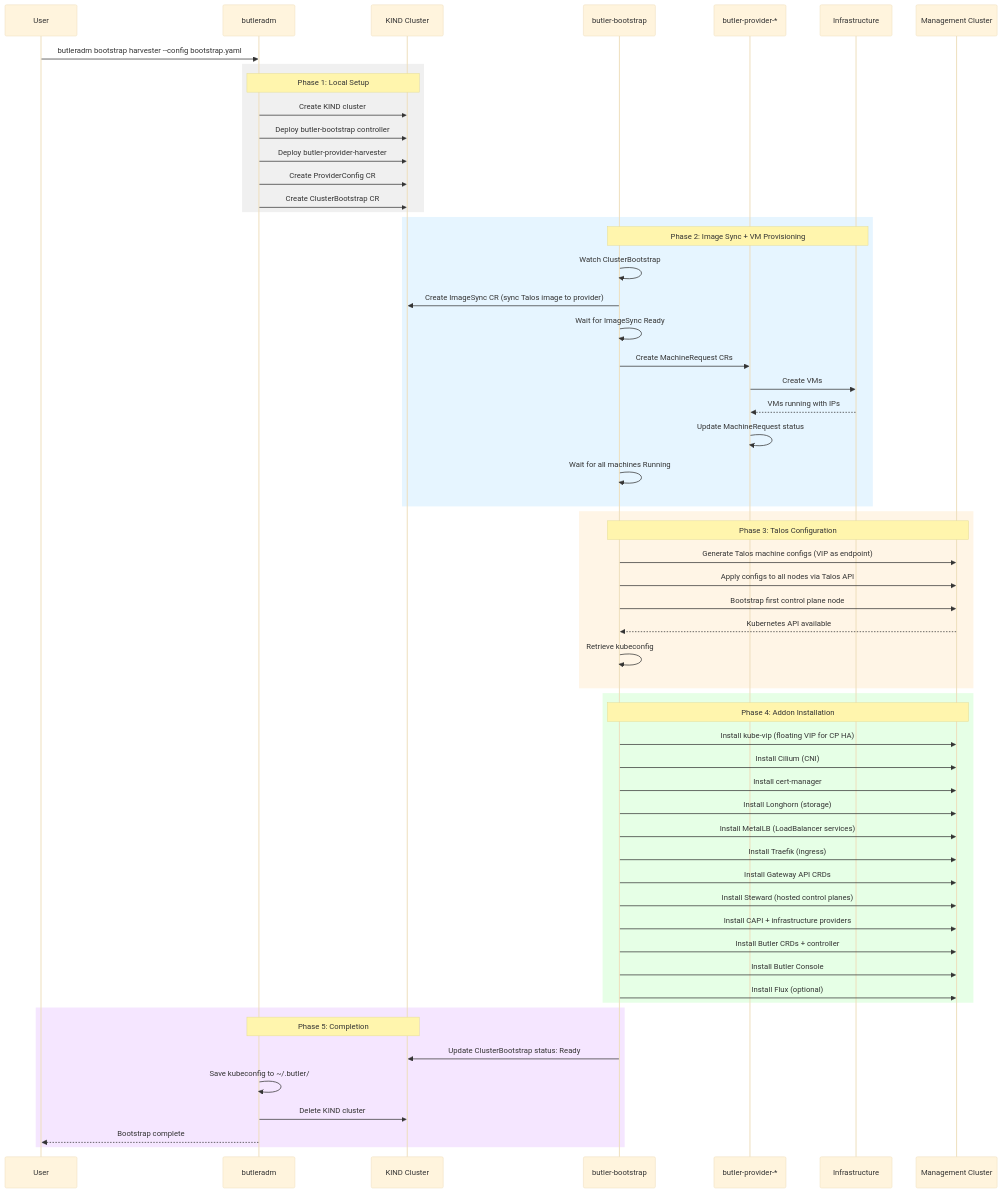
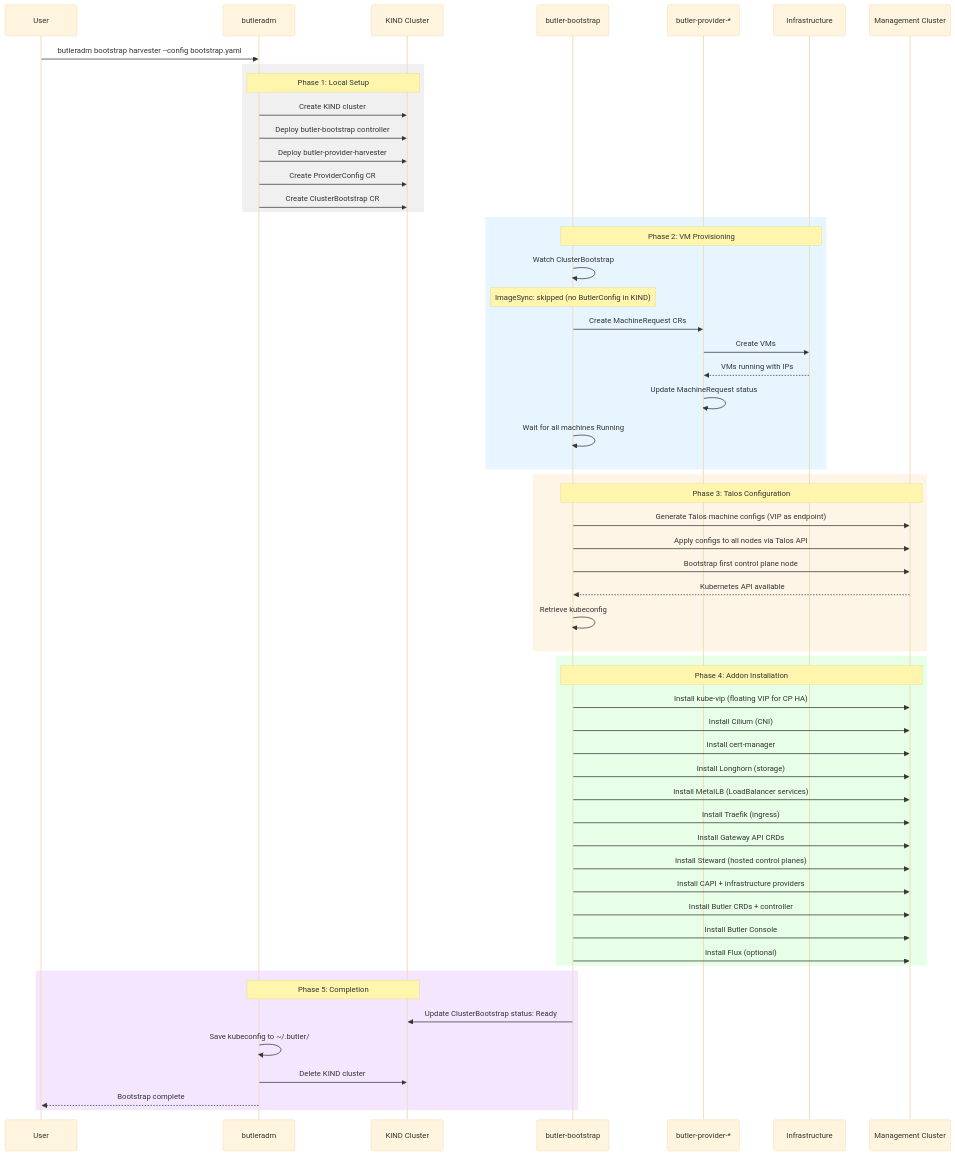
Before and after one commit to butlerdotdev/butler: the first of 2 diagrams in docs/architecture/bootstrap-flow.md, drawn with Mermaid (base theme). The commit also changed other lines of this file, not shown here.

First line of the commit message:
docs: fix ImageSync in bootstrap flow to reflect actual behavior

````diff
--- a/docs/architecture/bootstrap-flow.md
+++ b/docs/architecture/bootstrap-flow.md
@@ -39,66 +39,65 @@
 ```mermaid
 sequenceDiagram
     participant User
     participant CLI as butleradm
     participant KIND as KIND Cluster
     participant Bootstrap as butler-bootstrap
     participant Provider as butler-provider-*
     participant Infra as Infrastructure
     participant MC as Management Cluster
 
     User->>CLI: butleradm bootstrap harvester --config bootstrap.yaml
 
     rect rgb(240, 240, 240)
         Note over CLI,KIND: Phase 1: Local Setup
         CLI->>KIND: Create KIND cluster
         CLI->>KIND: Deploy butler-bootstrap controller
         CLI->>KIND: Deploy butler-provider-harvester
         CLI->>KIND: Create ProviderConfig CR
         CLI->>KIND: Create ClusterBootstrap CR
     end
 
     rect rgb(230, 245, 255)
-        Note over Bootstrap,Infra: Phase 2: Image Sync + VM Provisioning
+        Note over Bootstrap,Infra: Phase 2: VM Provisioning
         Bootstrap->>Bootstrap: Watch ClusterBootstrap
-        Bootstrap->>KIND: Create ImageSync CR (sync Talos image to provider)
-        Bootstrap->>Bootstrap: Wait for ImageSync Ready
+        Note over Bootstrap: ImageSync: skipped (no ButlerConfig in KIND)
         Bootstrap->>Provider: Create MachineRequest CRs
         Provider->>Infra: Create VMs
         Infra-->>Provider: VMs running with IPs
         Provider->>Provider: Update MachineRequest status
         Bootstrap->>Bootstrap: Wait for all machines Running
     end
 
     rect rgb(255, 245, 230)
         Note over Bootstrap,MC: Phase 3: Talos Configuration
         Bootstrap->>MC: Generate Talos machine configs (VIP as endpoint)
         Bootstrap->>MC: Apply configs to all nodes via Talos API
         Bootstrap->>MC: Bootstrap first control plane node
         MC-->>Bootstrap: Kubernetes API available
         Bootstrap->>Bootstrap: Retrieve kubeconfig
     end
 
     rect rgb(230, 255, 230)
         Note over Bootstrap,MC: Phase 4: Addon Installation
         Bootstrap->>MC: Install kube-vip (floating VIP for CP HA)
         Bootstrap->>MC: Install Cilium (CNI)
         Bootstrap->>MC: Install cert-manager
         Bootstrap->>MC: Install Longhorn (storage)
         Bootstrap->>MC: Install MetalLB (LoadBalancer services)
         Bootstrap->>MC: Install Traefik (ingress)
         Bootstrap->>MC: Install Gateway API CRDs
         Bootstrap->>MC: Install Steward (hosted control planes)
         Bootstrap->>MC: Install CAPI + infrastructure providers
         Bootstrap->>MC: Install Butler CRDs + controller
         Bootstrap->>MC: Install Butler Console
         Bootstrap->>MC: Install Flux (optional)
     end
 
     rect rgb(245, 230, 255)
         Note over CLI,KIND: Phase 5: Completion
         Bootstrap->>KIND: Update ClusterBootstrap status: Ready
         CLI->>CLI: Save kubeconfig to ~/.butler/
         CLI->>KIND: Delete KIND cluster
         CLI-->>User: Bootstrap complete
     end
 ```
````
